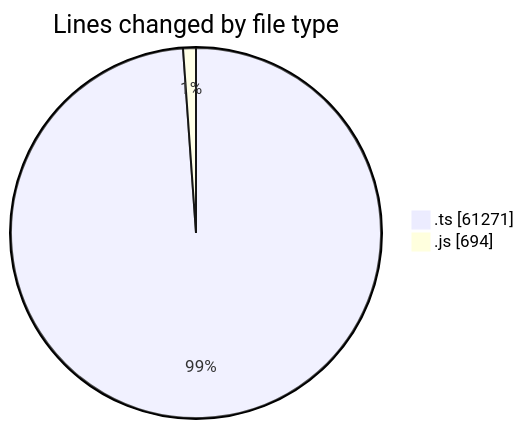
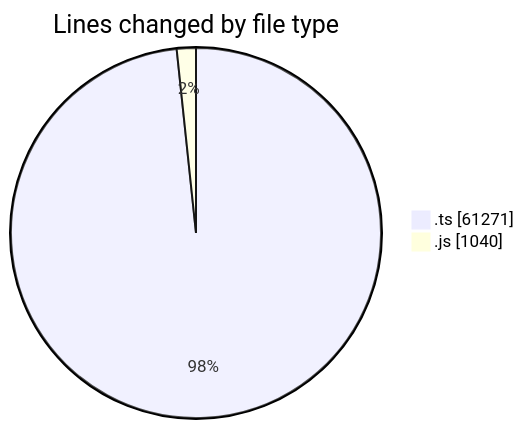
One commit to momahboobian/code-tracking changed the first of 2 diagrams in 2025-09-29/cda/README.md. Above: the diagram before and after it, drawn with Mermaid. The commit also changed other lines of this file and 1 other file, not shown here.

````diff
--- a/2025-09-29/cda/README.md
+++ b/2025-09-29/cda/README.md
@@ -26,6 +27,6 @@
 ```mermaid
 pie showData
 title Lines changed by file type
 ".ts" : 61271
-".js" : 694
+".js" : 1040
 ```
````
